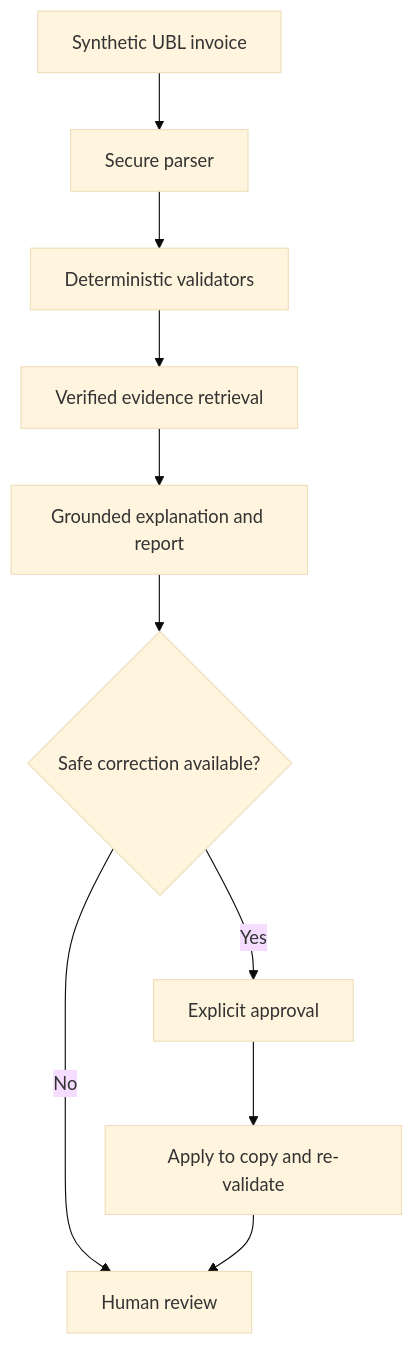
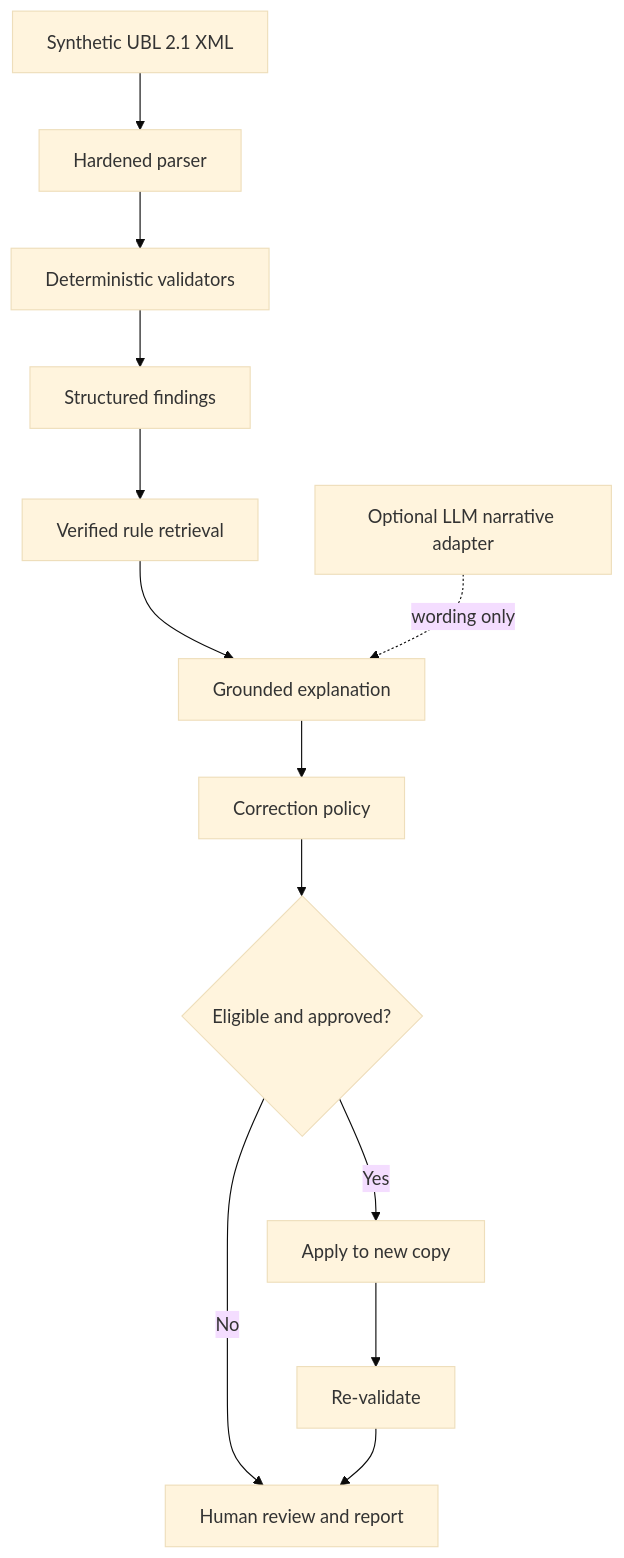
The diagram in README.md (Maram1alzahrani/zatca-compliance-agent), drawn with Mermaid (base theme) before and after one commit. The commit also changed other lines of this file, not shown here.

````diff
--- a/README.md
+++ b/README.md
@@ -64,12 +57,15 @@
 ```mermaid
 flowchart TD
-    A["Synthetic UBL invoice"] --> B["Secure parser"]
+    A["Synthetic UBL 2.1 XML"] --> B["Hardened parser"]
     B --> C["Deterministic validators"]
-    C --> D["Verified evidence retrieval"]
-    D --> E["Grounded explanation and report"]
-    E --> F{"Safe correction available?"}
-    F -- No --> G["Human review"]
-    F -- Yes --> H["Explicit approval"]
-    H --> I["Apply to copy and re-validate"]
-    I --> G
+    C --> D["Structured findings"]
+    D --> E["Verified rule retrieval"]
+    E --> F["Grounded explanation"]
+    F --> G["Correction policy"]
+    G --> H{"Eligible and approved?"}
+    H -- "No" --> I["Human review and report"]
+    H -- "Yes" --> J["Apply to new copy"]
+    J --> K["Re-validate"]
+    K --> I
+    L["Optional LLM narrative adapter"] -. "wording only" .-> F
 ```
````
